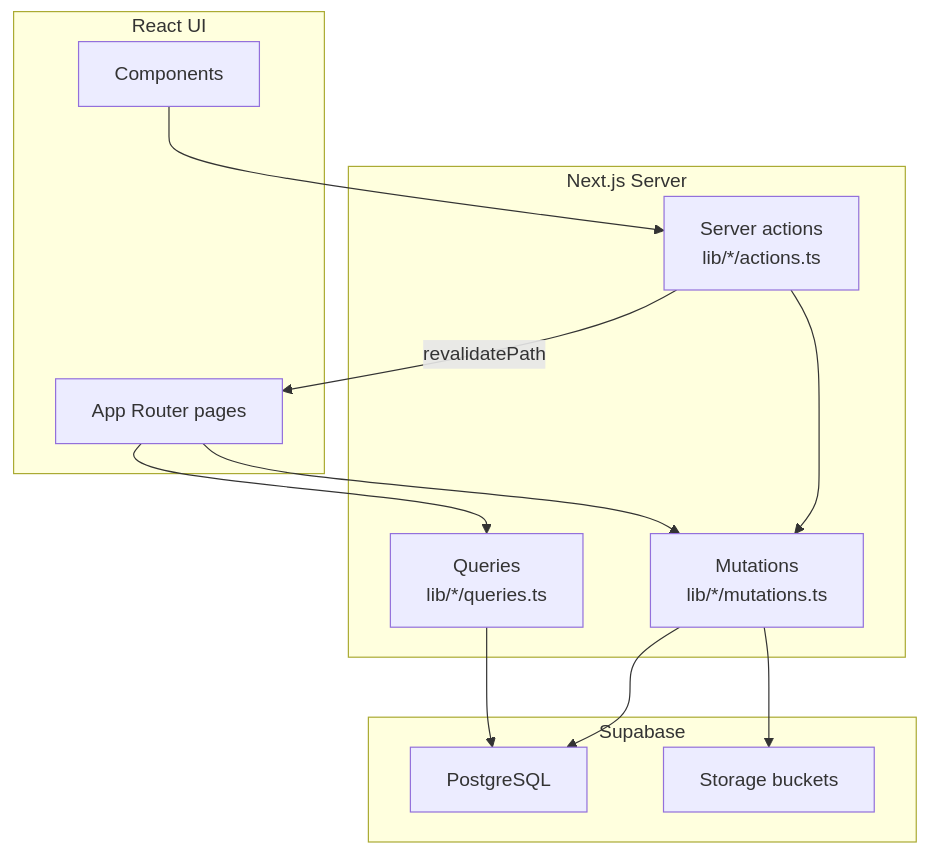
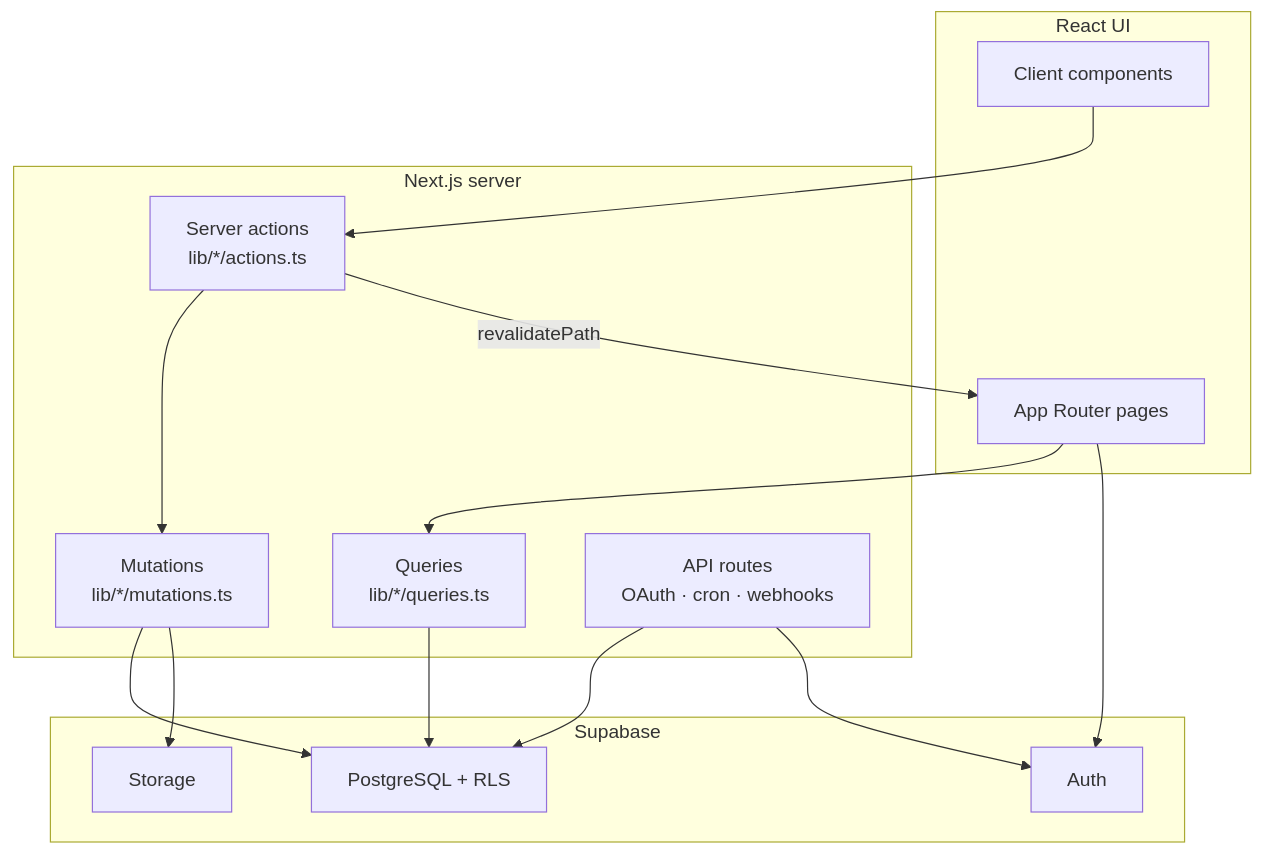
Before and after one commit to marrinahueso-ai/campaignos: the first of 2 diagrams in docs/ARCHITECTURE.md, drawn with Mermaid. The commit also changed other lines of this file and 77 other files, not shown here.

````diff
--- a/docs/ARCHITECTURE.md
+++ b/docs/ARCHITECTURE.md
@@ -61,27 +68,31 @@
 ```mermaid
 flowchart TB
   subgraph UI["React UI"]
     Pages["App Router pages"]
-    Components["Components"]
+    Components["Client components"]
   end
 
-  subgraph Server["Next.js Server"]
+  subgraph Server["Next.js server"]
     Actions["Server actions<br/>lib/*/actions.ts"]
     Queries["Queries<br/>lib/*/queries.ts"]
     Mutations["Mutations<br/>lib/*/mutations.ts"]
+    API["API routes<br/>OAuth · cron · webhooks"]
   end
 
   subgraph Data["Supabase"]
-    PG["PostgreSQL"]
-    Storage["Storage buckets"]
+    Auth["Auth"]
+    PG["PostgreSQL + RLS"]
+    Storage["Storage"]
   end
 
   Pages --> Queries
-  Pages --> Mutations
   Components --> Actions
   Actions --> Mutations
   Queries --> PG
   Mutations --> PG
   Mutations --> Storage
+  API --> PG
+  API --> Auth
   Actions -->|"revalidatePath"| Pages
+  Pages --> Auth
 ```
````
